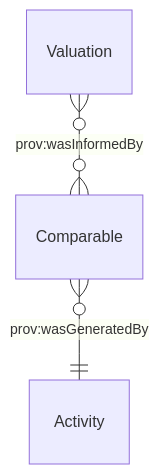
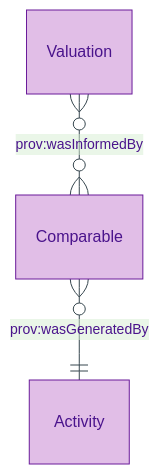
The diagram in docs/manual/logical/descriptive/comparable.md (sparkling/opda), drawn with Mermaid before and after one commit. The commit also changed other lines of this file and 179 other files, not shown here.

First line of the commit message:
docs(manual): Logical-tier diagram expansion via /diagramming skill

````diff
--- a/docs/manual/logical/descriptive/comparable.md
+++ b/docs/manual/logical/descriptive/comparable.md
@@ -30,5 +35,9 @@
 ```mermaid
+%%{init: {"theme": "base", "themeVariables": {"primaryColor": "#E1BEE7", "primaryTextColor": "#4A148C", "primaryBorderColor": "#6A1B9A", "lineColor": "#37474F"}}}%%
 erDiagram
+    accTitle: Comparable — Entity-Relationship Diagram
+    accDescr: Comparable — sourced via PROV-O wasGeneratedBy from Land Registry or VOA-records extraction Activity; informs Valuation via prov:wasInformedBy.
+
     Comparable }o--|| Activity : "prov:wasGeneratedBy"
     Valuation }o--o{ Comparable : "prov:wasInformedBy"
 ```
````
